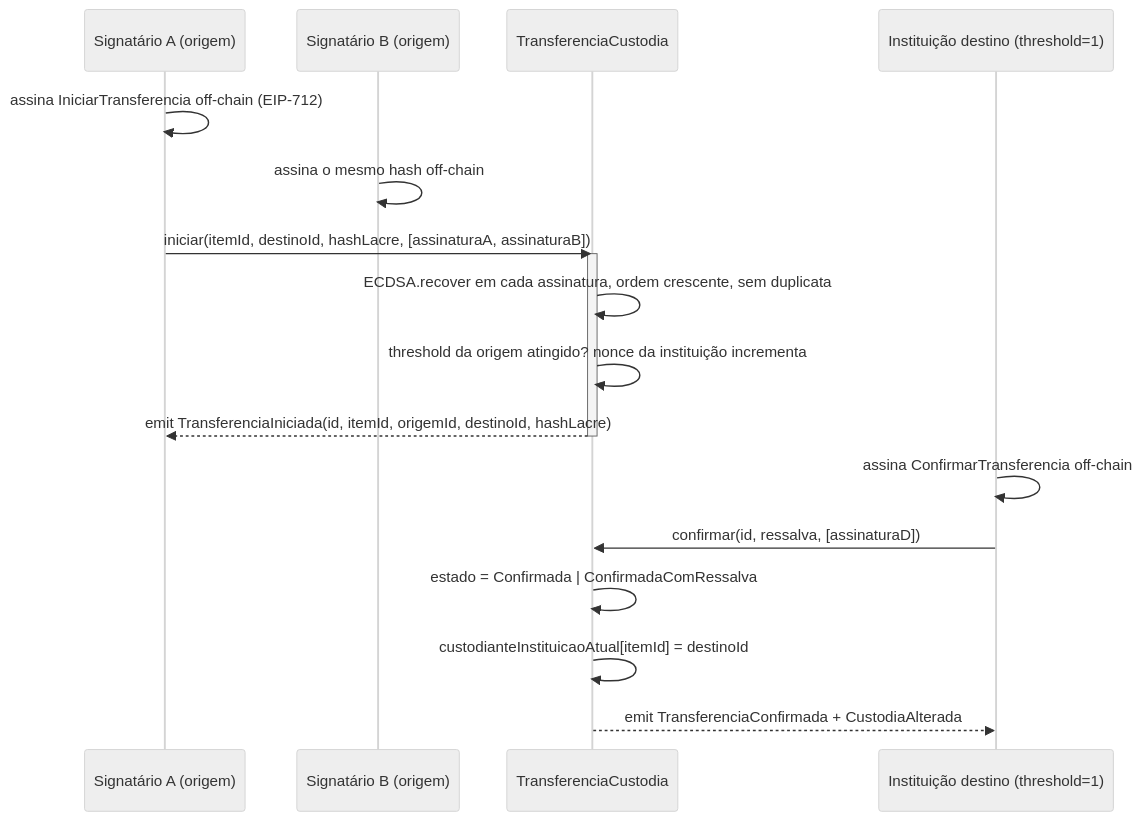
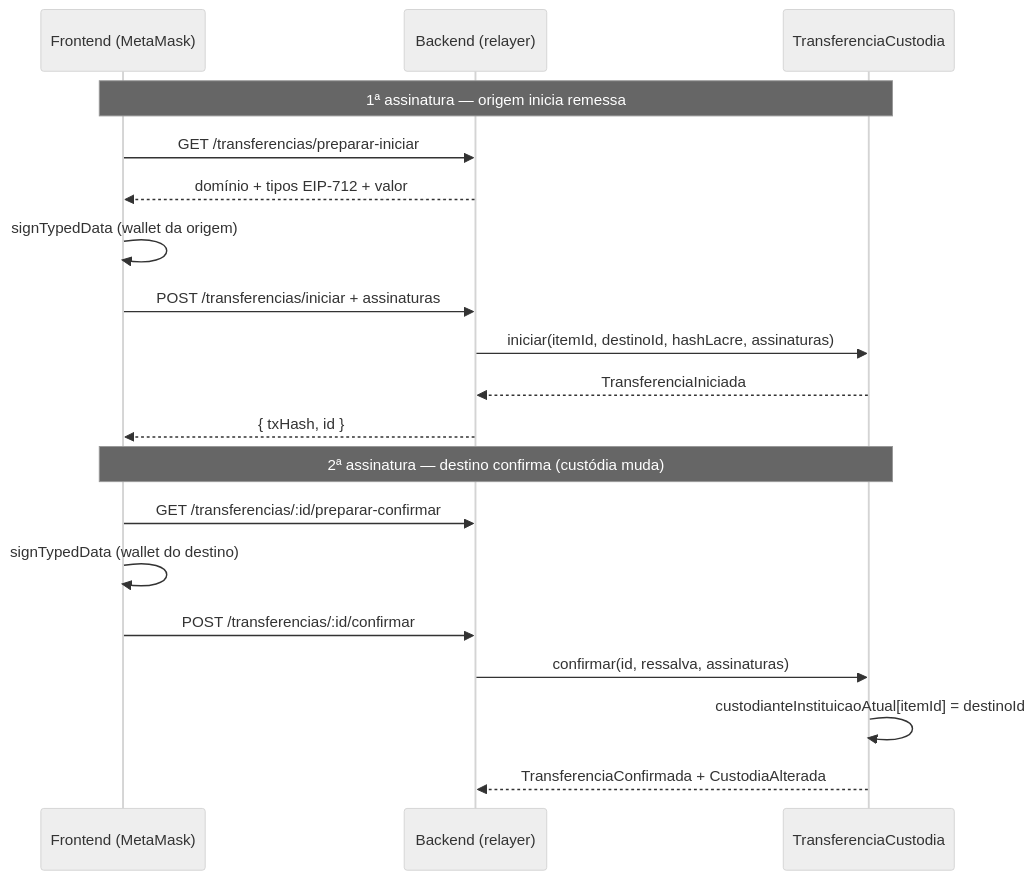
One commit to Pwsousa/Vinculum-Custodiae- changed the third of 6 diagrams in contratos/docs/diagramas.md. Above: the diagram before and after it, drawn with Mermaid (neutral theme). The commit also changed other lines of this file and 1 other file, not shown here.

Commit message:
atualizando o readme e o diagrama

````diff
--- a/contratos/docs/diagramas.md
+++ b/contratos/docs/diagramas.md
@@ -25,22 +49,23 @@
 ```mermaid
 sequenceDiagram
-    participant S1 as Signatário A (origem)
-    participant S2 as Signatário B (origem)
+    participant UI as Frontend (MetaMask)
+    participant API as Backend (relayer)
     participant C as TransferenciaCustodia
-    participant D as Instituição destino (threshold=1)
 
-    S1->>S1: assina IniciarTransferencia off-chain (EIP-712)
-    S2->>S2: assina o mesmo hash off-chain
-    S1->>C: iniciar(itemId, destinoId, hashLacre, [assinaturaA, assinaturaB])
-    activate C
-    C->>C: ECDSA.recover em cada assinatura, ordem crescente, sem duplicata
-    C->>C: threshold da origem atingido? nonce da instituição incrementa
-    C-->>S1: emit TransferenciaIniciada(id, itemId, origemId, destinoId, hashLacre)
-    deactivate C
+    Note over UI,C: 1ª assinatura — origem inicia remessa
+    UI->>API: GET /transferencias/preparar-iniciar
+    API-->>UI: domínio + tipos EIP-712 + valor
+    UI->>UI: signTypedData (wallet da origem)
+    UI->>API: POST /transferencias/iniciar + assinaturas
+    API->>C: iniciar(itemId, destinoId, hashLacre, assinaturas)
+    C-->>API: TransferenciaIniciada
+    API-->>UI: { txHash, id }
 
-    D->>D: assina ConfirmarTransferencia off-chain
-    D->>C: confirmar(id, ressalva, [assinaturaD])
-    C->>C: estado = Confirmada | ConfirmadaComRessalva
+    Note over UI,C: 2ª assinatura — destino confirma (custódia muda)
+    UI->>API: GET /transferencias/:id/preparar-confirmar
+    UI->>UI: signTypedData (wallet do destino)
+    UI->>API: POST /transferencias/:id/confirmar
+    API->>C: confirmar(id, ressalva, assinaturas)
     C->>C: custodianteInstituicaoAtual[itemId] = destinoId
-    C-->>D: emit TransferenciaConfirmada + CustodiaAlterada
+    C-->>API: TransferenciaConfirmada + CustodiaAlterada
 ```
````
